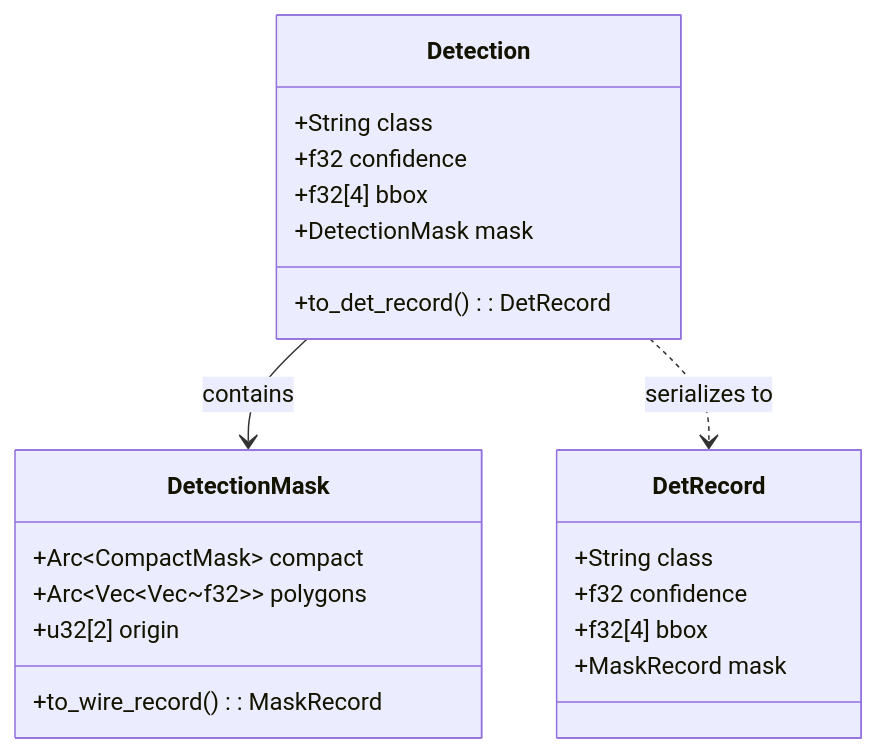
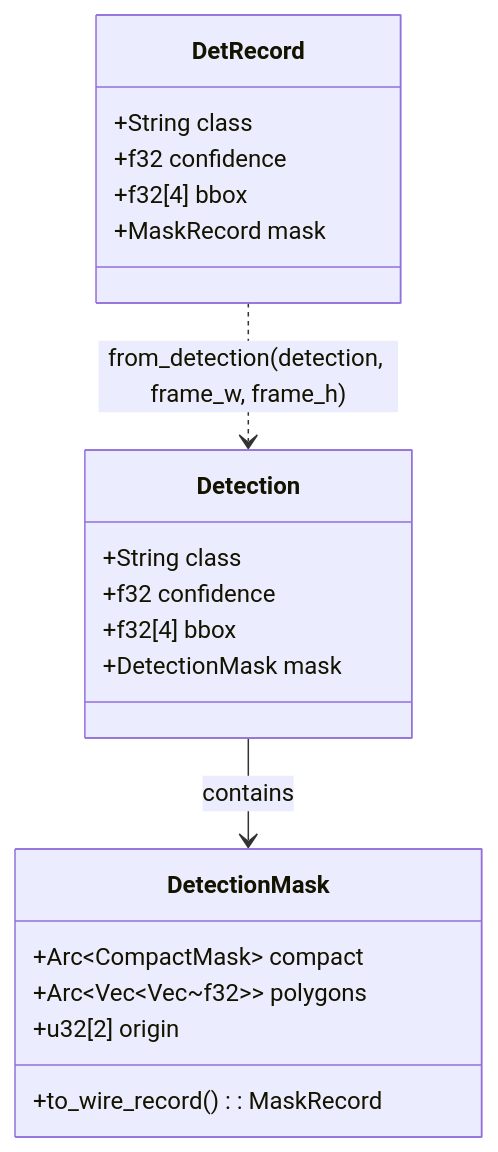
The second of 2 diagrams in docs/wiki/2.2-inference-engine.md (e7canasta/mana-lite), drawn with Mermaid before and after one commit. The commit also changed other lines of this file and 68 other files, not shown here.

````diff
--- a/docs/wiki/2.2-inference-engine.md
+++ b/docs/wiki/2.2-inference-engine.md
@@ -211,41 +217,40 @@
 ```mermaid
 classDiagram
     direction TB
 
     class Detection {
         +String class
         +f32 confidence
         +f32[4] bbox
         +DetectionMask mask
-        +to_det_record() : DetRecord
     }
 
     class DetectionMask {
         +Arc~CompactMask~ compact
         +Arc~Vec~Vec~f32~~ polygons
         +u32[2] origin
         +to_wire_record() : MaskRecord
     }
 
     class DetRecord {
         +String class
         +f32 confidence
         +f32[4] bbox
         +MaskRecord mask
     }
 
 
     %% Relationships
 
     Detection --> DetectionMask : contains
-    Detection ..> DetRecord : serializes to
+    DetRecord ..> Detection : from_detection(detection, frame_w, frame_h)
 
 
 
 
 
     %% Styling
 
     classDef perceptionNode fill:#FFFFFF,stroke:#65B86B,stroke-width:2px,color:#222
     classDef outputNode fill:#FFFFFF,stroke:#A56DE2,stroke-width:2px,color:#222
 ```
````
